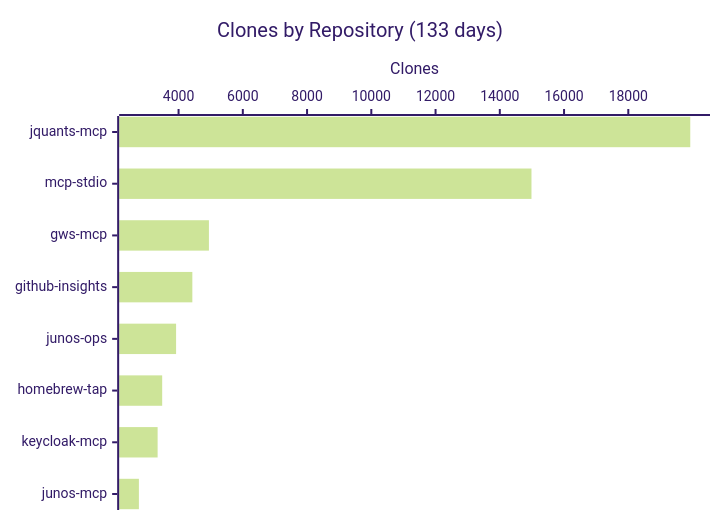
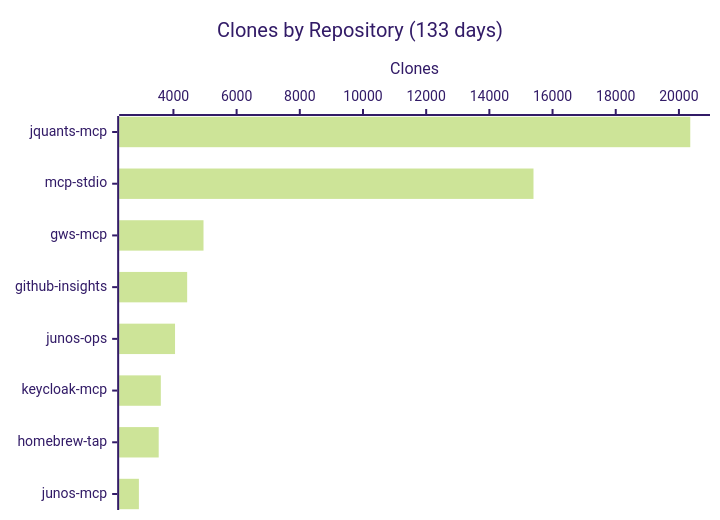
The fourth of 4 diagrams in README.md (shigechika/github-insights), drawn with Mermaid (forest theme) before and after one commit. The commit also changed other lines of this file and 2 other files, not shown here.

````diff
--- a/README.md
+++ b/README.md
@@ -58,7 +58,7 @@
 ```mermaid
 xychart-beta horizontal
     title "Clones by Repository (133 days)"
-    x-axis ["jquants-mcp", "mcp-stdio", "gws-mcp", "github-insights", "junos-ops", "homebrew-tap", "keycloak-mcp", "junos-mcp"]
+    x-axis ["jquants-mcp", "mcp-stdio", "gws-mcp", "github-insights", "junos-ops", "keycloak-mcp", "homebrew-tap", "junos-mcp"]
     y-axis "Clones"
-    bar [19929, 14986, 4945, 4429, 3923, 3490, 3348, 2765]
+    bar [20359, 15397, 4952, 4435, 4051, 3601, 3534, 2907]
 ```
````
